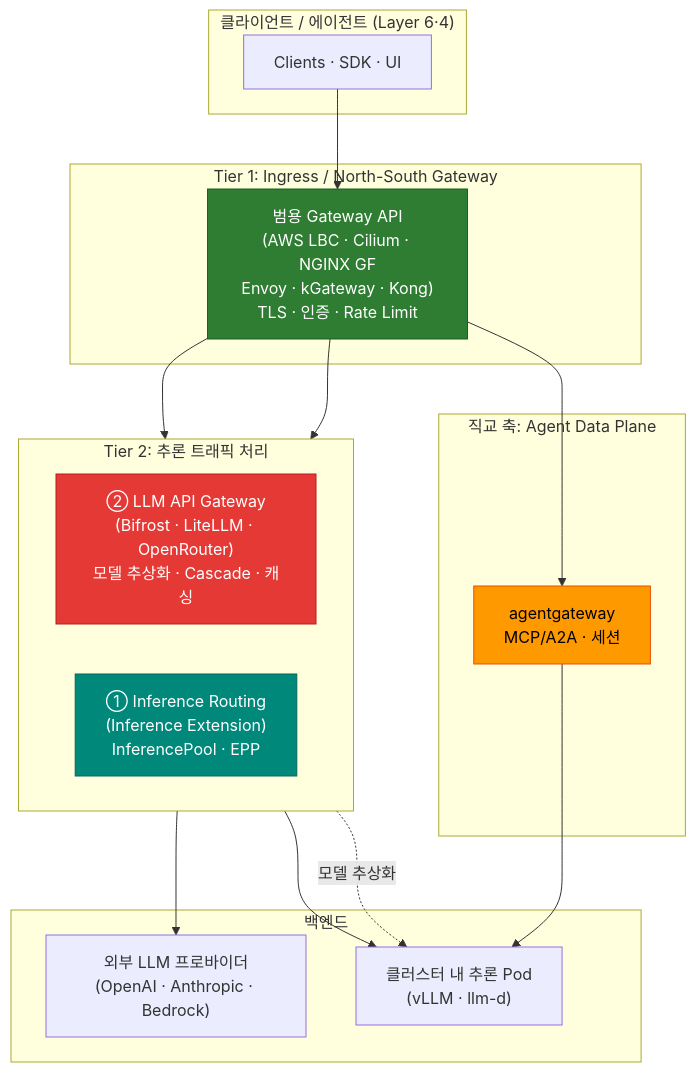
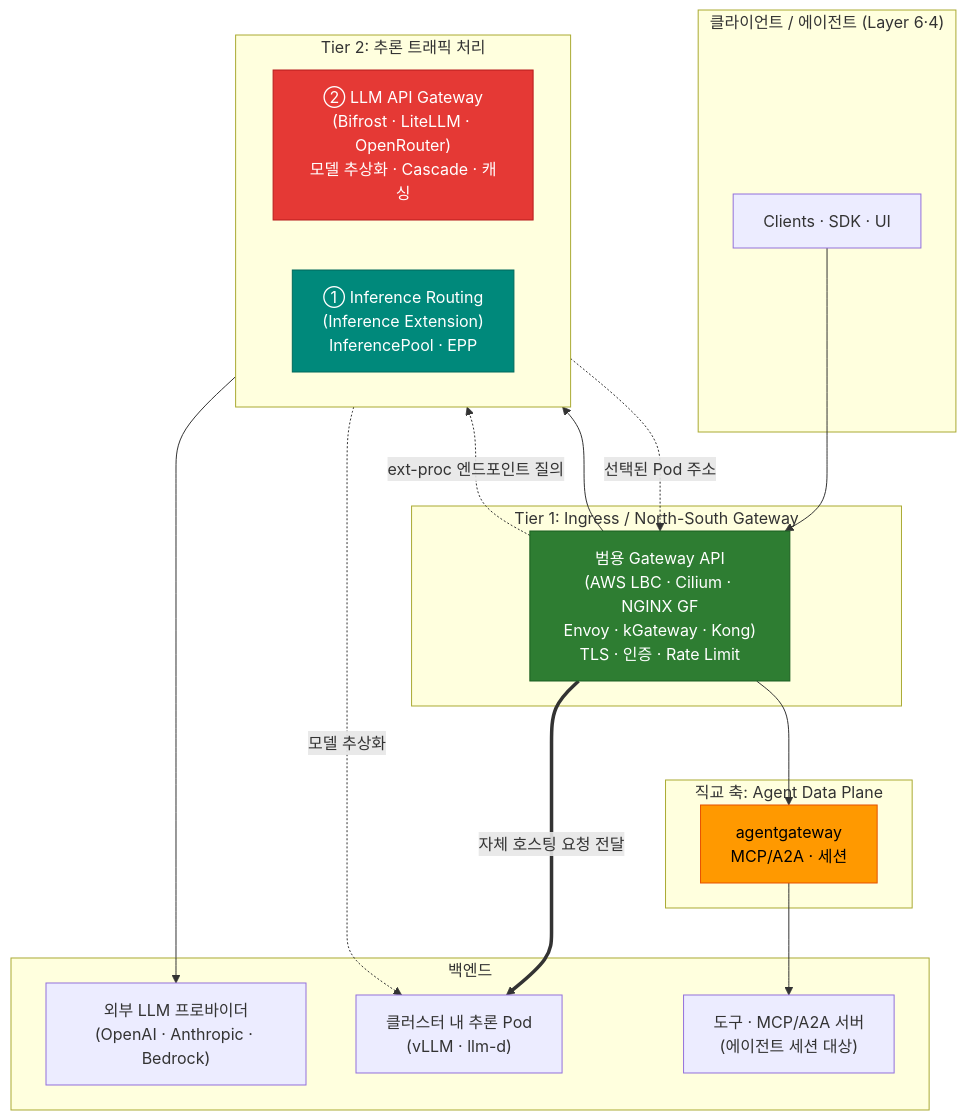
The diagram in i18n/ko/docusaurus-plugin-content-docs/current/agentic-ai-platform/model-serving/inference-routing/tiered-gateway-architecture.md (devfloor9/engineering-playbook), drawn with Mermaid before and after one commit. The commit also changed other lines of this file and 37 other files, not shown here.

````diff
--- a/i18n/ko/docusaurus-plugin-content-docs/current/agentic-ai-platform/model-serving/inference-routing/tiered-gateway-architecture.md
+++ b/i18n/ko/docusaurus-plugin-content-docs/current/agentic-ai-platform/model-serving/inference-routing/tiered-gateway-architecture.md
@@ -53,39 +57,41 @@
 ```mermaid
 flowchart TB
     subgraph CL["클라이언트 / 에이전트 (Layer 6·4)"]
         CLIENT[Clients · SDK · UI]
     end
 
     subgraph T1["Tier 1: Ingress / North-South Gateway"]
         GW1["범용 Gateway API<br/>(AWS LBC · Cilium · NGINX GF<br/>Envoy · kGateway · Kong)<br/>TLS · 인증 · Rate Limit"]
     end
 
     subgraph T2["Tier 2: 추론 트래픽 처리"]
         direction LR
         T2A["② LLM API Gateway<br/>(Bifrost · LiteLLM · OpenRouter)<br/>모델 추상화 · Cascade · 캐싱"]
         T2B["① Inference Routing<br/>(Inference Extension)<br/>InferencePool · EPP"]
     end
 
     subgraph ADP["직교 축: Agent Data Plane"]
         AGW["agentgateway<br/>MCP/A2A · 세션"]
     end
 
     subgraph BE["백엔드"]
         EXT["외부 LLM 프로바이더<br/>(OpenAI · Anthropic · Bedrock)"]
         PODS["클러스터 내 추론 Pod<br/>(vLLM · llm-d)"]
+        TOOLS["도구 · MCP/A2A 서버<br/>(에이전트 세션 대상)"]
     end
 
     CLIENT --> GW1
     GW1 --> T2A
-    GW1 --> T2B
     GW1 --> AGW
+    GW1 ==자체 호스팅 요청 전달==> PODS
+    GW1 -.ext-proc 엔드포인트 질의.-> T2B
+    T2B -.선택된 Pod 주소.-> GW1
     T2A --> EXT
     T2A -.모델 추상화.-> PODS
-    T2B --> PODS
-    AGW --> PODS
+    AGW --> TOOLS
 
     style GW1 fill:#2e7d32,stroke:#1b5e20,color:#fff
     style T2A fill:#e53935,stroke:#b71c1c,color:#fff
     style T2B fill:#00897b,stroke:#00695c,color:#fff
     style AGW fill:#ff9900,stroke:#e65100,color:#000
 ```
````
